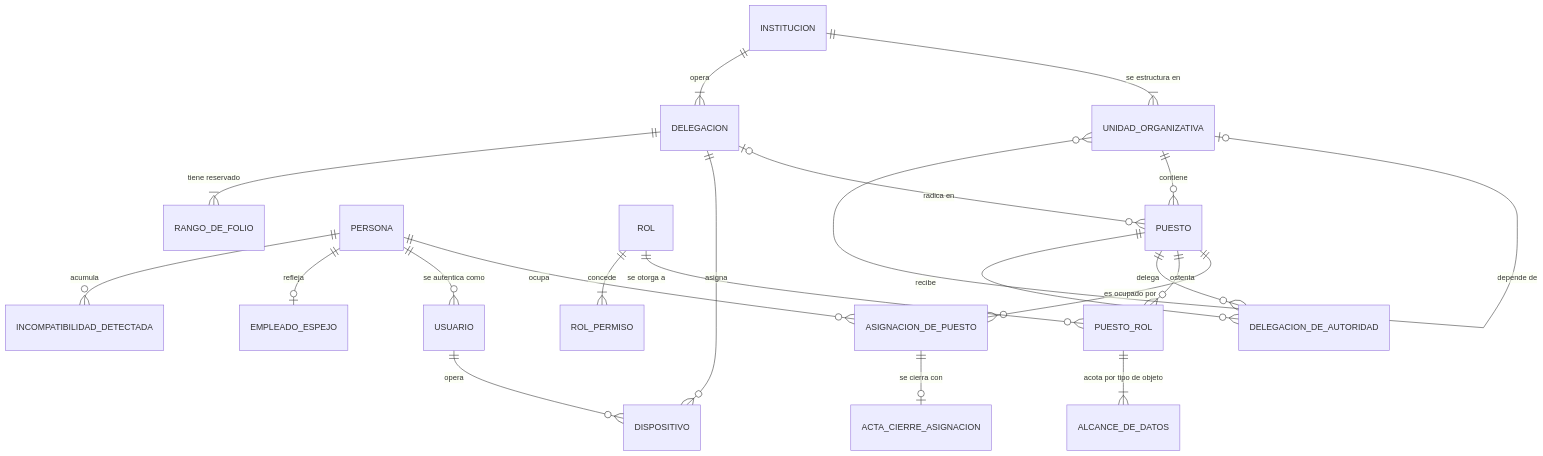
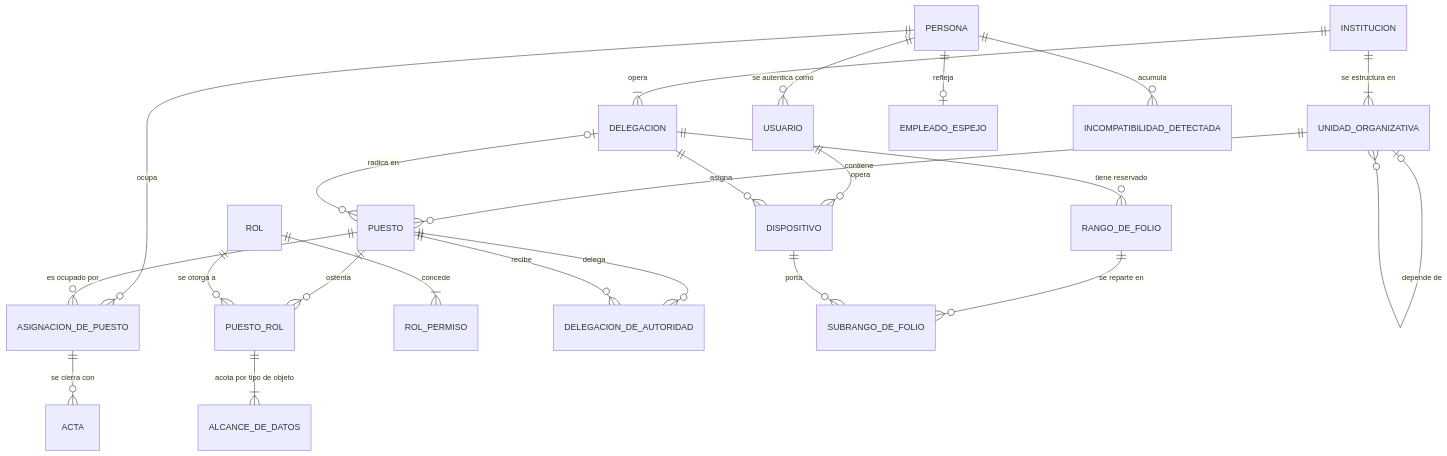
One commit to LuisDavidToruno/INM_TRANSPORTE changed the first of 9 diagrams in docs/03-arquitectura/modelo-datos/README.md. Above: the diagram before and after it, drawn with Mermaid. The commit also changed other lines of this file and 125 other files, not shown here.

````diff
--- a/docs/03-arquitectura/modelo-datos/README.md
+++ b/docs/03-arquitectura/modelo-datos/README.md
@@ -152,27 +224,29 @@
 ```mermaid
 erDiagram
     INSTITUCION ||--|{ UNIDAD_ORGANIZATIVA : "se estructura en"
     INSTITUCION ||--|{ DELEGACION : "opera"
     UNIDAD_ORGANIZATIVA |o--o{ UNIDAD_ORGANIZATIVA : "depende de"
     UNIDAD_ORGANIZATIVA ||--o{ PUESTO : "contiene"
     DELEGACION |o--o{ PUESTO : "radica en"
 
     PERSONA ||--o{ ASIGNACION_DE_PUESTO : "ocupa"
     PUESTO ||--o{ ASIGNACION_DE_PUESTO : "es ocupado por"
     PERSONA ||--o{ USUARIO : "se autentica como"
     PUESTO ||--o{ PUESTO_ROL : "ostenta"
     ROL ||--o{ PUESTO_ROL : "se otorga a"
     ROL ||--|{ ROL_PERMISO : "concede"
     PUESTO_ROL ||--|{ ALCANCE_DE_DATOS : "acota por tipo de objeto"
 
     PUESTO ||--o{ DELEGACION_DE_AUTORIDAD : "delega"
     PUESTO ||--o{ DELEGACION_DE_AUTORIDAD : "recibe"
-    ASIGNACION_DE_PUESTO ||--o| ACTA_CIERRE_ASIGNACION : "se cierra con"
+    ASIGNACION_DE_PUESTO ||--o{ ACTA : "se cierra con"
 
     USUARIO ||--o{ DISPOSITIVO : "opera"
     DELEGACION ||--o{ DISPOSITIVO : "asigna"
-    DELEGACION ||--|{ RANGO_DE_FOLIO : "tiene reservado"
+    DELEGACION ||--o{ RANGO_DE_FOLIO : "tiene reservado"
+    RANGO_DE_FOLIO ||--o{ SUBRANGO_DE_FOLIO : "se reparte en"
+    DISPOSITIVO ||--o{ SUBRANGO_DE_FOLIO : "porta"
 
     PERSONA ||--o| EMPLEADO_ESPEJO : "refleja"
     PERSONA ||--o{ INCOMPATIBILIDAD_DETECTADA : "acumula"
 ```
````
